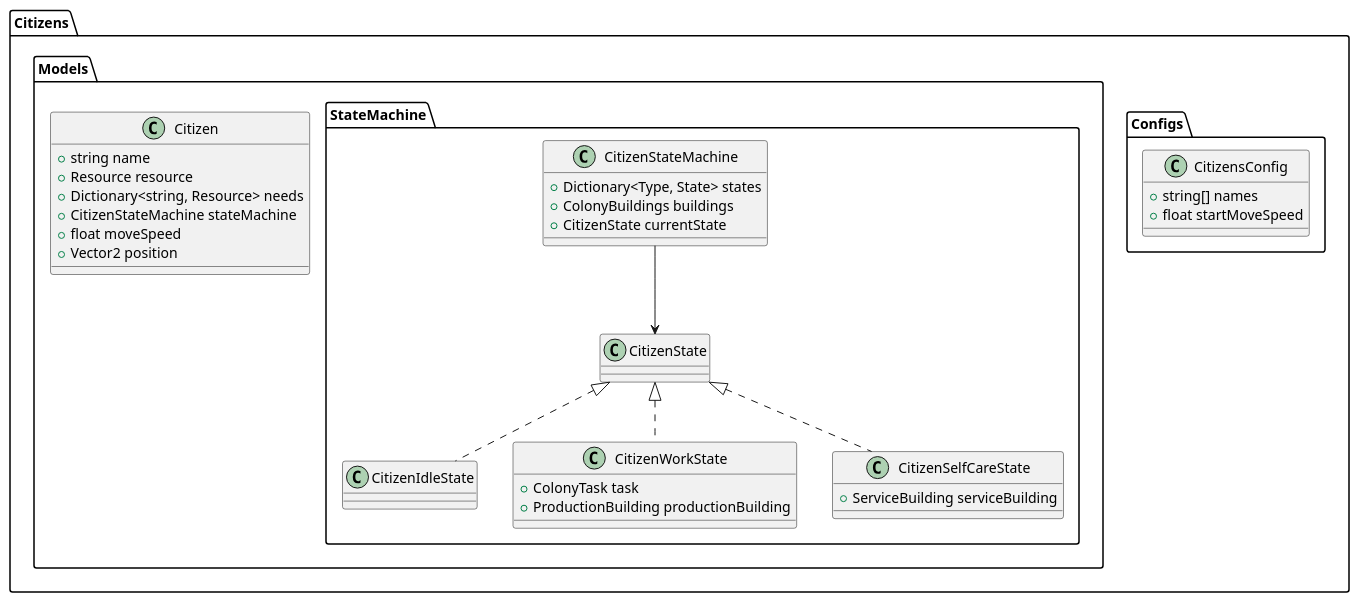
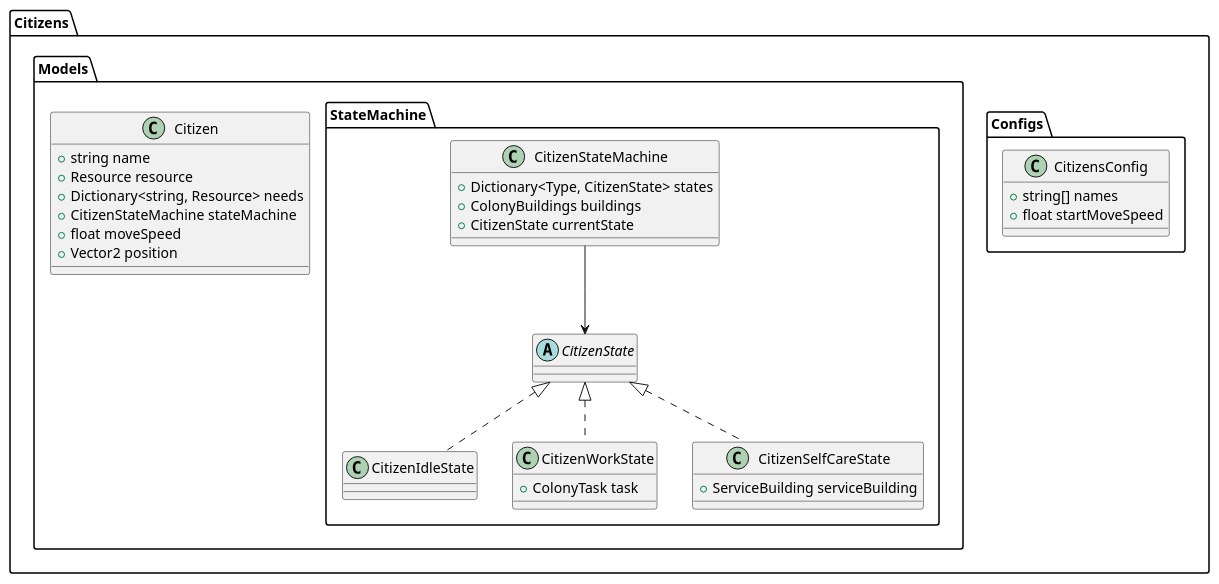
One commit to minusrep/Pivo-UML changed the diagram in Colony/Citizens/Citizens.puml. Above: the diagram before and after it, drawn with PlantUML. The commit also changed 4 other files, not shown here.

```diff
--- a/Colony/Citizens/Citizens.puml
+++ b/Colony/Citizens/Citizens.puml
@@ -1,58 +1,61 @@
 @startuml
 
 package "Citizens"
 {
     package "Configs"
     {
         class CitizensConfig
         {
             +string[] names
             +float startMoveSpeed
         }
     }
 
     package "Models"
     {
         class Citizen 
         {
             +string name
             +Resource resource
             +Dictionary<string, Resource> needs
             +CitizenStateMachine stateMachine
             +float moveSpeed
             +Vector2 position
         }
     
      package "StateMachine" {
         class CitizenStateMachine {
-            +Dictionary<Type, State> states
+            +Dictionary<Type, CitizenState> states
             +ColonyBuildings buildings
             +CitizenState currentState
         }   
         
-        class CitizenState {
+        abstract class CitizenState 
+        {
             
         }
         
-        class CitizenIdleState {
+        class CitizenIdleState 
+        {        
+            
         }
         
-        class CitizenWorkState {
+        class CitizenWorkState 
+        {
             +ColonyTask task
-            +ProductionBuilding productionBuilding
         }
         
-        class CitizenSelfCareState {
+        class CitizenSelfCareState 
+        {
             +ServiceBuilding serviceBuilding
         }
-
+        
         CitizenState <|.. CitizenIdleState  
         CitizenState <|.. CitizenWorkState  
         CitizenState <|.. CitizenSelfCareState  
         CitizenStateMachine --> CitizenState
-        
         }
     }
 }
 
 @enduml
```
